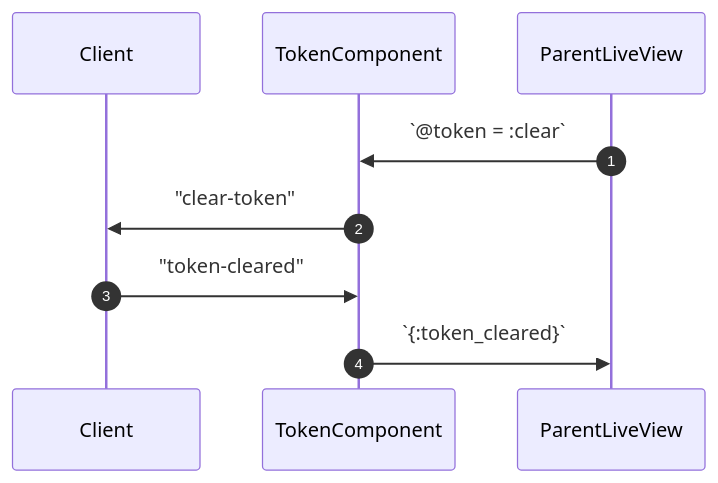
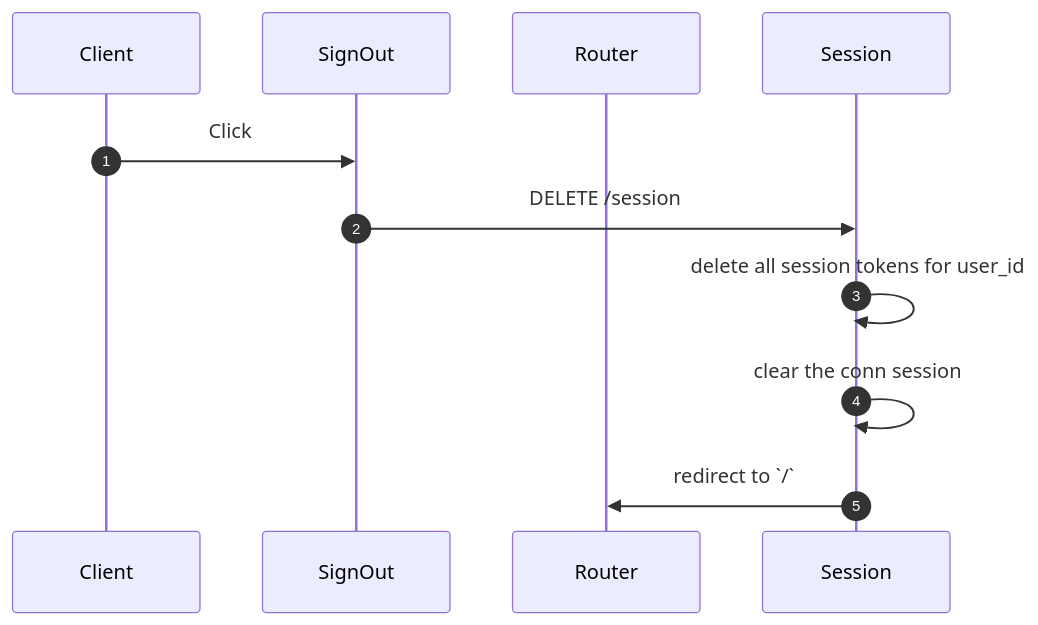
One commit to liveshowy/webauthn_components changed the sixth of 6 diagrams in webauthn_flows.md. Above: the diagram before and after it, drawn with Mermaid. The commit also changed other lines of this file, not shown here.

Commit message:
update flow diagrams

````diff
--- a/webauthn_flows.md
+++ b/webauthn_flows.md
@@ -101,12 +122,13 @@
 ```mermaid
 sequenceDiagram
    autonumber
    participant Client
-   participant TokenComponent
-   participant ParentLiveView
+   participant SignOut
+   participant Router
 
-   ParentLiveView->>TokenComponent: `@token = :clear`
-   TokenComponent->>Client: "clear-token"
-   Client->>TokenComponent: "token-cleared"
-   TokenComponent->>ParentLiveView: `{:token_cleared}`
+   Client->>SignOut: Click
+   SignOut->>Session: DELETE /session
+   Session->>Session: delete all session tokens for user_id
+   Session->>Session: clear the conn session
+   Session->>Router: redirect to `/`
 ```
````
